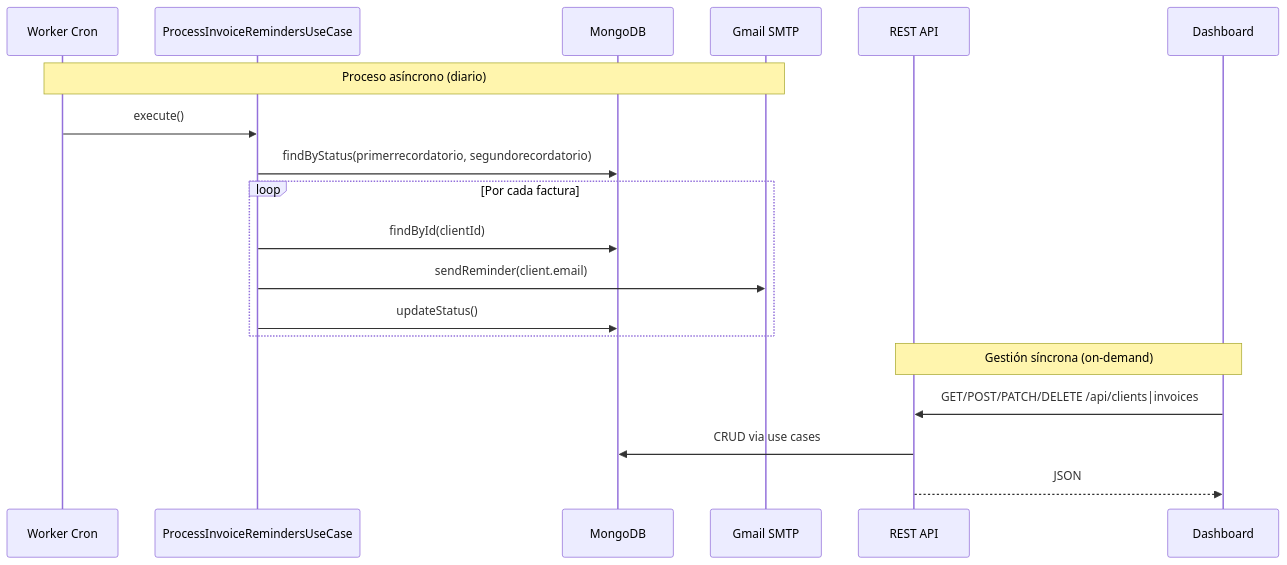
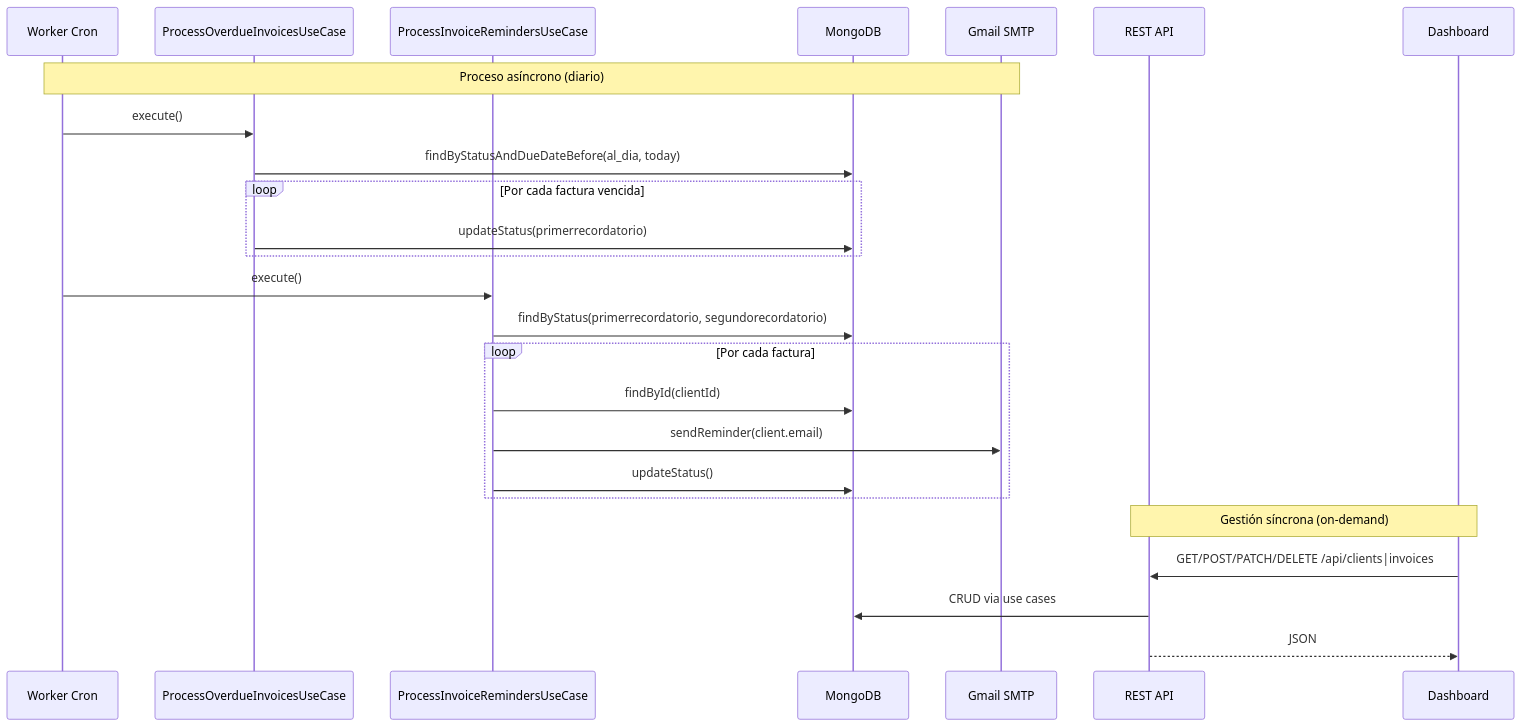
Before and after one commit to andresrod2000/monolegal-challenge: the second of 5 diagrams in ARCHITECTURE.md, drawn with Mermaid. The commit also changed other lines of this file and 17 other files, not shown here.

Commit message:
feat: auto-transition overdue invoices from al_dia to primerrecordatorio

````diff
--- a/ARCHITECTURE.md
+++ b/ARCHITECTURE.md
@@ -118,23 +119,29 @@
 ```mermaid
 sequenceDiagram
     participant Cron as Worker Cron
-    participant UC as ProcessInvoiceRemindersUseCase
+    participant OverdueUC as ProcessOverdueInvoicesUseCase
+    participant ReminderUC as ProcessInvoiceRemindersUseCase
     participant DB as MongoDB
     participant Gmail as Gmail SMTP
     participant API as REST API
     participant UI as Dashboard
 
     Note over Cron,Gmail: Proceso asíncrono (diario)
-    Cron->>UC: execute()
-    UC->>DB: findByStatus(primerrecordatorio, segundorecordatorio)
+    Cron->>OverdueUC: execute()
+    OverdueUC->>DB: findByStatusAndDueDateBefore(al_dia, today)
+    loop Por cada factura vencida
+        OverdueUC->>DB: updateStatus(primerrecordatorio)
+    end
+    Cron->>ReminderUC: execute()
+    ReminderUC->>DB: findByStatus(primerrecordatorio, segundorecordatorio)
     loop Por cada factura
-        UC->>DB: findById(clientId)
-        UC->>Gmail: sendReminder(client.email)
-        UC->>DB: updateStatus()
+        ReminderUC->>DB: findById(clientId)
+        ReminderUC->>Gmail: sendReminder(client.email)
+        ReminderUC->>DB: updateStatus()
     end
 
     Note over API,UI: Gestión síncrona (on-demand)
     UI->>API: GET/POST/PATCH/DELETE /api/clients|invoices
     API->>DB: CRUD via use cases
     API-->>UI: JSON
 ```
````
